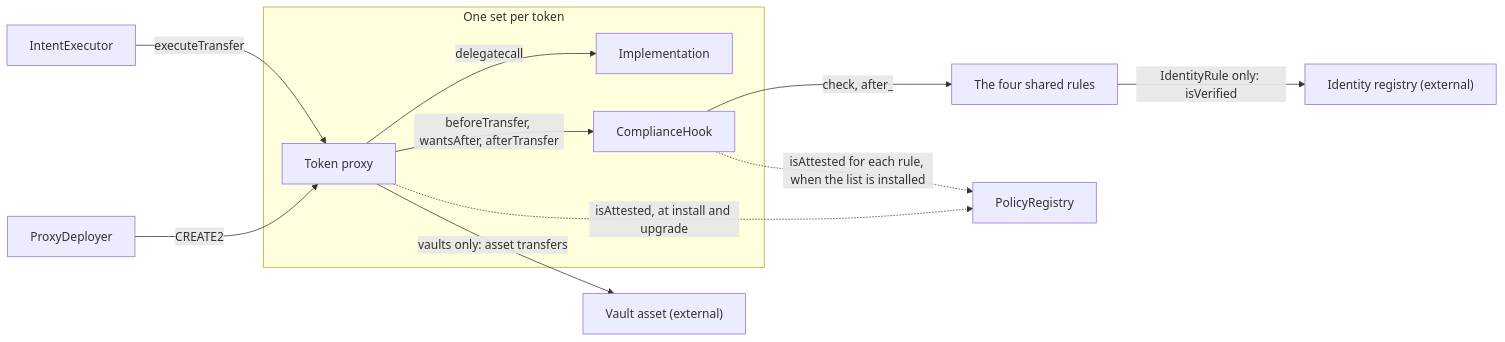
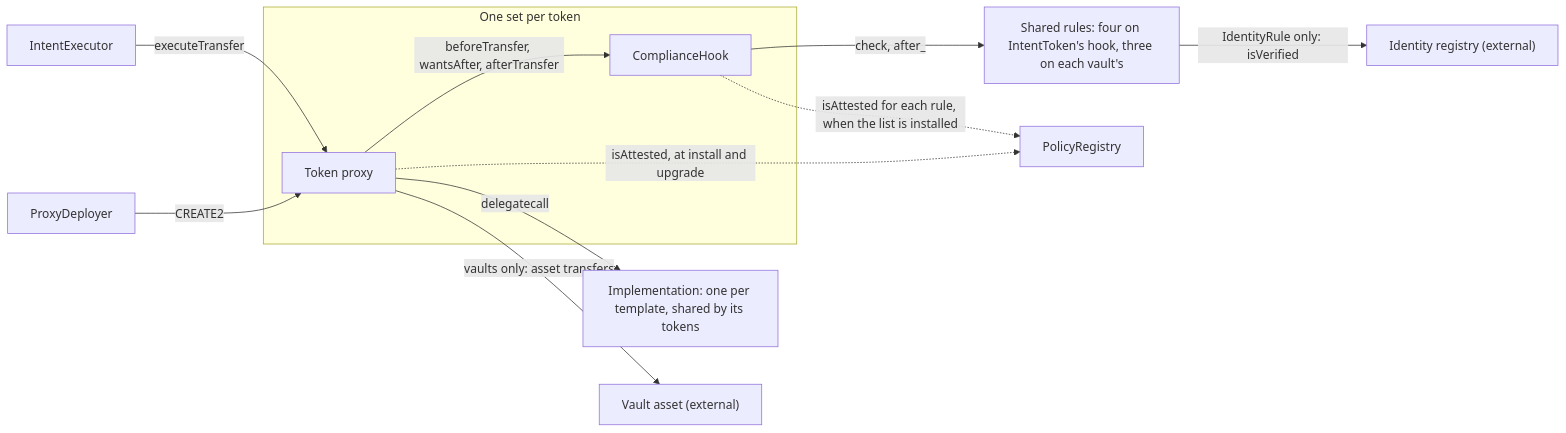
Before and after one commit to fepvenancio/rwa-token: the first of 3 diagrams in docs/architecture.md, drawn with Mermaid. The commit also changed other lines of this file and 7 other files, not shown here.

````diff
--- a/docs/architecture.md
+++ b/docs/architecture.md
@@ -35,17 +35,16 @@
 ```mermaid
 flowchart LR
   PD["ProxyDeployer"] -->|"CREATE2"| Proxy
   Exec["IntentExecutor"] -->|"executeTransfer"| Proxy
   subgraph PerToken["One set per token"]
     Proxy["Token proxy"]
-    Impl["Implementation"]
     Hook["ComplianceHook"]
-    Proxy -->|"delegatecall"| Impl
     Proxy -->|"beforeTransfer, wantsAfter, afterTransfer"| Hook
   end
-  Hook -->|"check, after_"| Rules["The four shared rules"]
+  Proxy -->|"delegatecall"| Impl["Implementation: one per template, shared by its tokens"]
+  Hook -->|"check, after_"| Rules["Shared rules: four on IntentToken's hook, three on each vault's"]
   Rules -->|"IdentityRule only: isVerified"| IdReg["Identity registry (external)"]
   Proxy -->|"vaults only: asset transfers"| Asset["Vault asset (external)"]
   Proxy -.->|"isAttested, at install and upgrade"| Reg["PolicyRegistry"]
   Hook -.->|"isAttested for each rule, when the list is installed"| Reg
 ```
````
